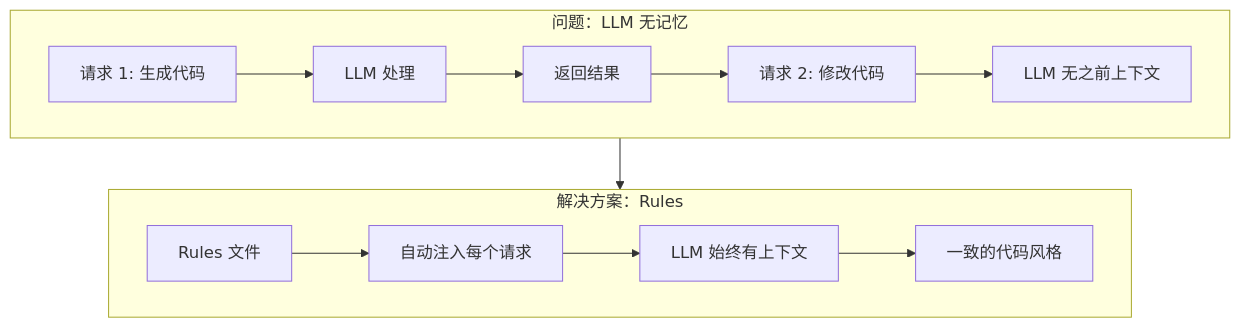
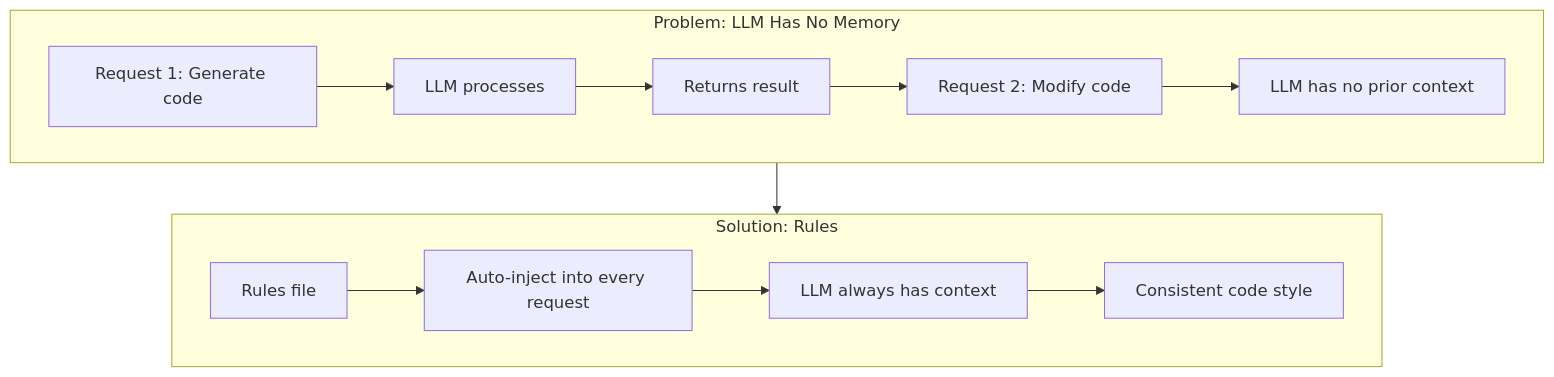
One commit to DDR187/cursor-howto changed the first of 6 diagrams in 02-rules/README.md. Above: the diagram before and after it, drawn with Mermaid. The commit also changed other lines of this file and 22 other files, not shown here.

````diff
--- a/02-rules/README.md
+++ b/02-rules/README.md
@@ -26,17 +26,17 @@
 ```mermaid
 flowchart TB
-    subgraph Problem["问题：LLM 无记忆"]
-        P1[请求 1: 生成代码] --> P2[LLM 处理]
-        P2 --> P3[返回结果]
-        P3 --> P4[请求 2: 修改代码]
-        P4 --> P5[LLM 无之前上下文]
+    subgraph Problem["Problem: LLM Has No Memory"]
+        P1[Request 1: Generate code] --> P2[LLM processes]
+        P2 --> P3[Returns result]
+        P3 --> P4[Request 2: Modify code]
+        P4 --> P5[LLM has no prior context]
     end
     
-    subgraph Solution["解决方案：Rules"]
-        S1[Rules 文件] --> S2[自动注入每个请求]
-        S2 --> S3[LLM 始终有上下文]
-        S3 --> S4[一致的代码风格]
+    subgraph Solution["Solution: Rules"]
+        S1[Rules file] --> S2[Auto-inject into every request]
+        S2 --> S3[LLM always has context]
+        S3 --> S4[Consistent code style]
     end
     
     Problem --> Solution
 ```
````
